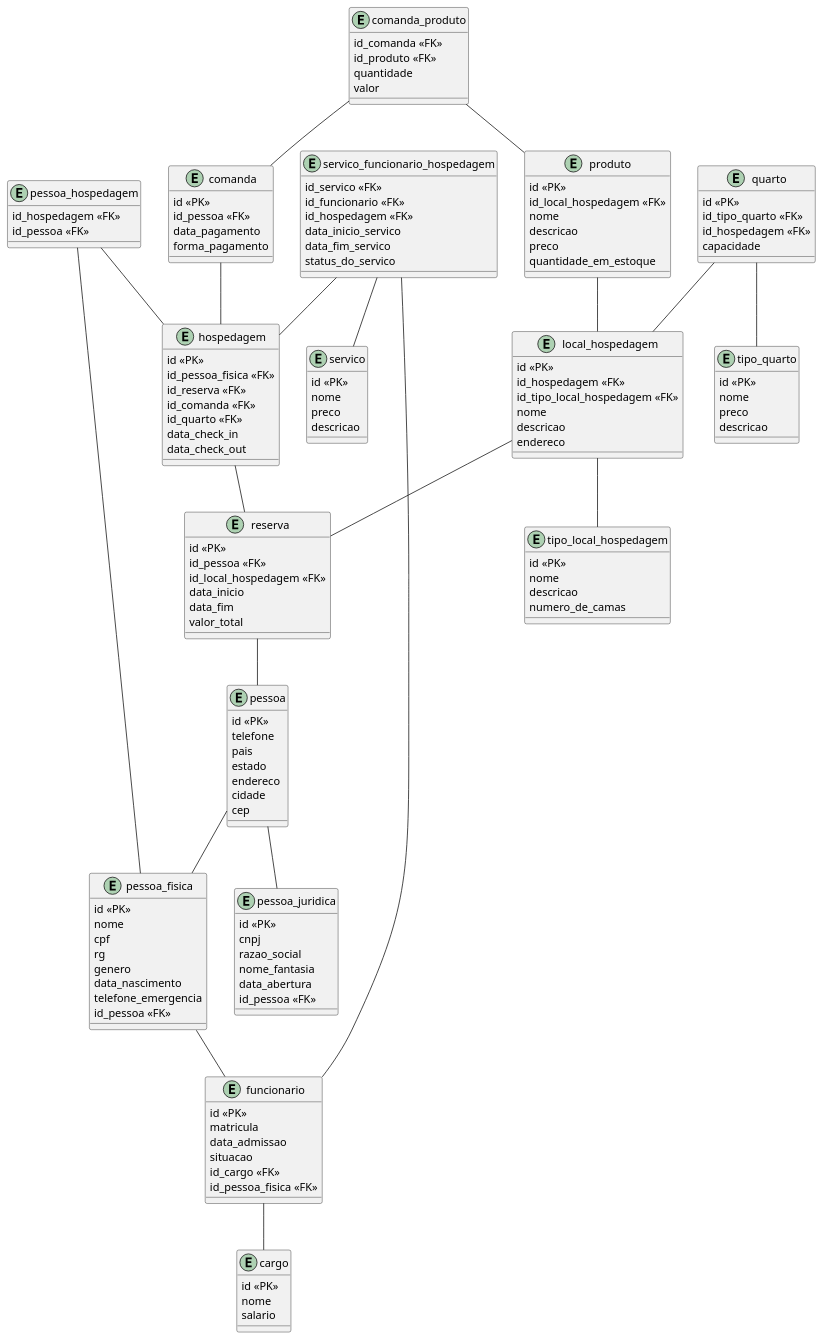
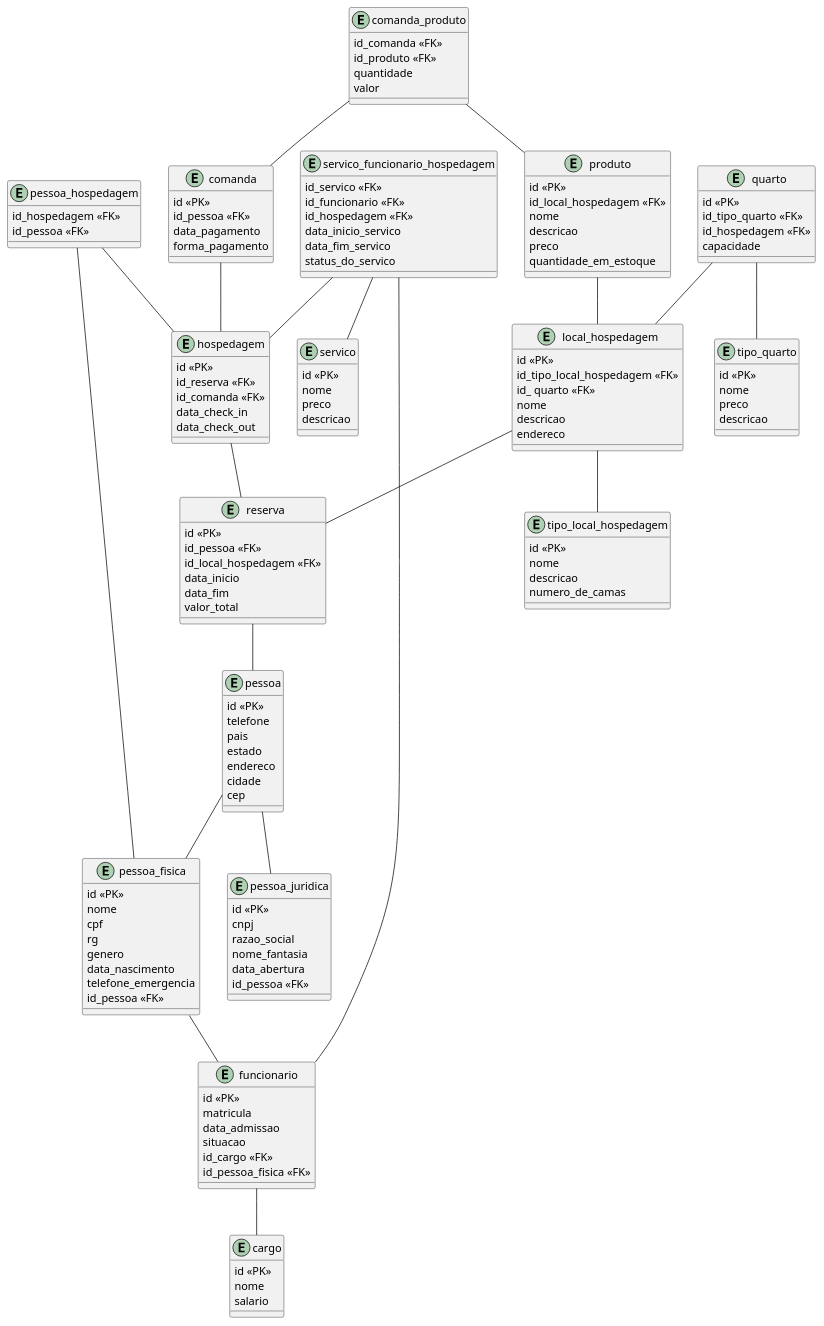
Before and after one commit to Berjooj/Pratica-DB-A1-N1: the diagram in Hospedagem.plantuml, drawn with PlantUML.

Commit message:
Ajustes Finos

```diff
--- a/Hospedagem.plantuml
+++ b/Hospedagem.plantuml
@@ -1,172 +1,170 @@
 @startuml Hospedagem
 
 entity pessoa{
     id <<PK>>
     telefone
     pais
     estado
     endereco
     cidade
     cep
 }
 
 entity pessoa_fisica{
     id <<PK>>
     nome
     cpf
     rg
     genero
     data_nascimento
     telefone_emergencia
     id_pessoa <<FK>>
 }
 
 entity pessoa_juridica{
     id <<PK>>
     cnpj
     razao_social
     nome_fantasia
     data_abertura
     id_pessoa <<FK>>
 }
 
 entity cargo{
     id <<PK>>
     nome
     salario
 }
 
 entity funcionario{
     id <<PK>>
     matricula
     data_admissao
     situacao
     id_cargo <<FK>>
     id_pessoa_fisica <<FK>>
 }
 
 entity reserva{
     id <<PK>>
     id_pessoa <<FK>>
     id_local_hospedagem <<FK>>
     data_inicio
     data_fim
     valor_total
 }
 
 entity hospedagem{
     id <<PK>>
-    id_pessoa_fisica <<FK>>
     id_reserva <<FK>>
     id_comanda <<FK>>
-    id_quarto <<FK>>
     data_check_in
     data_check_out
 }
 
 entity pessoa_hospedagem{
     id_hospedagem <<FK>>
     id_pessoa <<FK>>
 }
 
 entity tipo_local_hospedagem{
     id <<PK>>
     nome
     descricao
     numero_de_camas
 }
 
 entity local_hospedagem{
     id <<PK>>
-    id_hospedagem <<FK>>
     id_tipo_local_hospedagem <<FK>>
+    id_ quarto <<FK>>
     nome
     descricao
     endereco
 }
 
 entity tipo_quarto{
     id <<PK>>
     nome
     preco
     descricao
 }
 
 entity quarto{
     id <<PK>>
     id_tipo_quarto <<FK>>
     id_hospedagem <<FK>>
     capacidade
 }
 
 entity servico{
     id <<PK>>
     nome
     preco
     descricao
 }
 
 entity servico_funcionario_hospedagem{
     id_servico <<FK>>
     id_funcionario <<FK>>
     id_hospedagem <<FK>>
     data_inicio_servico
     data_fim_servico
     status_do_servico
 }
 
 entity produto{
     id <<PK>>
     id_local_hospedagem <<FK>>
     nome
     descricao
     preco
     quantidade_em_estoque
 }
 
 entity comanda_produto{
     id_comanda <<FK>>
     id_produto <<FK>>
     quantidade
     valor
 }
 
 entity comanda{
     id <<PK>>
     id_pessoa <<FK>>
     data_pagamento
     forma_pagamento
 }
 
 pessoa -- pessoa_fisica
 pessoa -- pessoa_juridica
 
 pessoa_fisica -- funcionario
 
 funcionario -- cargo
 
 reserva -- pessoa
 
 hospedagem -- reserva
 
 local_hospedagem -- tipo_local_hospedagem
 local_hospedagem -- reserva
 
 quarto -- tipo_quarto
 quarto -- local_hospedagem
 
 servico_funcionario_hospedagem -- servico
 servico_funcionario_hospedagem -- funcionario
 servico_funcionario_hospedagem -- hospedagem
 
 produto -- local_hospedagem
 
 comanda -- hospedagem
 
 comanda_produto -- comanda
 comanda_produto -- produto
 
 pessoa_hospedagem -- hospedagem
 pessoa_hospedagem -- pessoa_fisica
 
 @enduml
```
